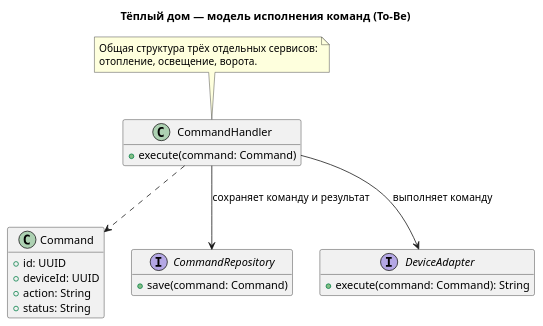
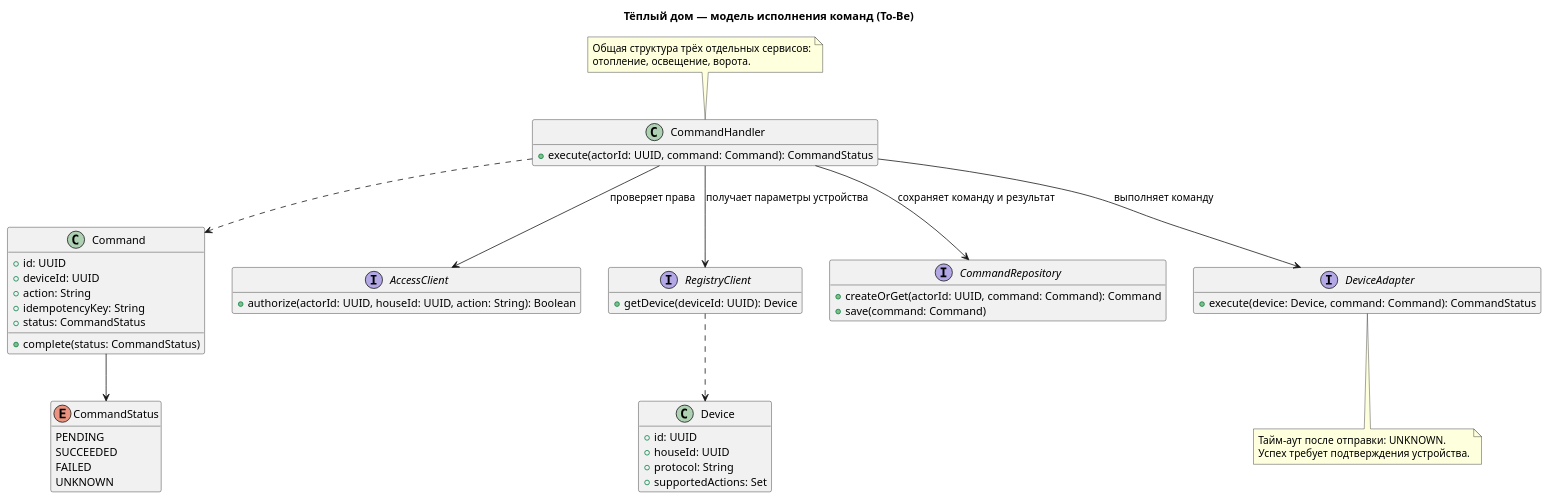
One commit to bitwize-maybe/architecture-warmhouse changed the diagram in docs/diagrams/code/smarthome_code.commands.puml. Above: the diagram before and after it, drawn with PlantUML. The commit also changed 1 other file, not shown here.

```diff
--- a/docs/diagrams/code/smarthome_code.commands.puml
+++ b/docs/diagrams/code/smarthome_code.commands.puml
@@ -1,29 +1,59 @@
 @startuml
 title Тёплый дом — модель исполнения команд (To-Be)
 hide empty members
 
 class CommandHandler {
-    +execute(command: Command)
+    +execute(actorId: UUID, command: Command): CommandStatus
 }
 class Command {
     +id: UUID
     +deviceId: UUID
     +action: String
-    +status: String
+    +idempotencyKey: String
+    +status: CommandStatus
+    +complete(status: CommandStatus)
+}
+enum CommandStatus {
+    PENDING
+    SUCCEEDED
+    FAILED
+    UNKNOWN
+}
+class Device {
+    +id: UUID
+    +houseId: UUID
+    +protocol: String
+    +supportedActions: Set
+}
+interface AccessClient {
+    +authorize(actorId: UUID, houseId: UUID, action: String): Boolean
+}
+interface RegistryClient {
+    +getDevice(deviceId: UUID): Device
 }
 interface CommandRepository {
+    +createOrGet(actorId: UUID, command: Command): Command
     +save(command: Command)
 }
 interface DeviceAdapter {
-    +execute(command: Command): String
+    +execute(device: Device, command: Command): CommandStatus
 }
 
 CommandHandler ..> Command
+CommandHandler --> AccessClient : проверяет права
+CommandHandler --> RegistryClient : получает параметры устройства
 CommandHandler --> CommandRepository : сохраняет команду и результат
 CommandHandler --> DeviceAdapter : выполняет команду
+RegistryClient ..> Device
+Command --> CommandStatus
+
+note bottom of DeviceAdapter
+    Тайм-аут после отправки: UNKNOWN.
+    Успех требует подтверждения устройства.
+end note
 
 note top of CommandHandler
     Общая структура трёх отдельных сервисов:
     отопление, освещение, ворота.
 end note
 @enduml
```
